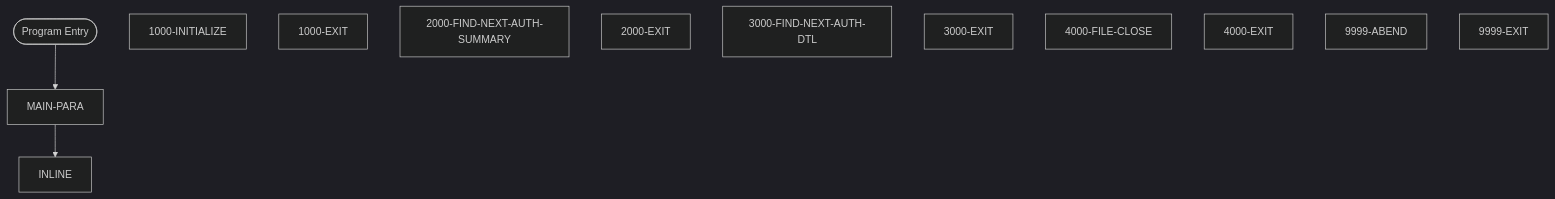
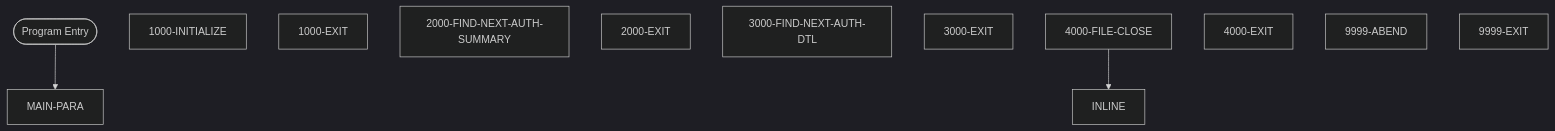
The second of 2 diagrams in Unisys_doc-main/doc_demo/docs/programs/PAUDBUNL.md (Arun973150/new_doc), drawn with Mermaid (dark theme) before and after one commit. The commit also changed other lines of this file and 662 other files, not shown here.

````diff
--- a/Unisys_doc-main/doc_demo/docs/programs/PAUDBUNL.md
+++ b/Unisys_doc-main/doc_demo/docs/programs/PAUDBUNL.md
@@ -146,17 +294,17 @@
 ```mermaid
 flowchart TD
     START([Program Entry])
     MAIN_PARA["MAIN-PARA"]
     1000_INITIALIZE["1000-INITIALIZE"]
     1000_EXIT["1000-EXIT"]
     2000_FIND_NEXT_AUTH_SUMMARY["2000-FIND-NEXT-AUTH-SUMMARY"]
     2000_EXIT["2000-EXIT"]
     3000_FIND_NEXT_AUTH_DTL["3000-FIND-NEXT-AUTH-DTL"]
     3000_EXIT["3000-EXIT"]
     4000_FILE_CLOSE["4000-FILE-CLOSE"]
     4000_EXIT["4000-EXIT"]
     9999_ABEND["9999-ABEND"]
     9999_EXIT["9999-EXIT"]
     START --> MAIN_PARA
-    MAIN_PARA --> INLINE
+    4000_FILE_CLOSE --> INLINE
 ```
````
